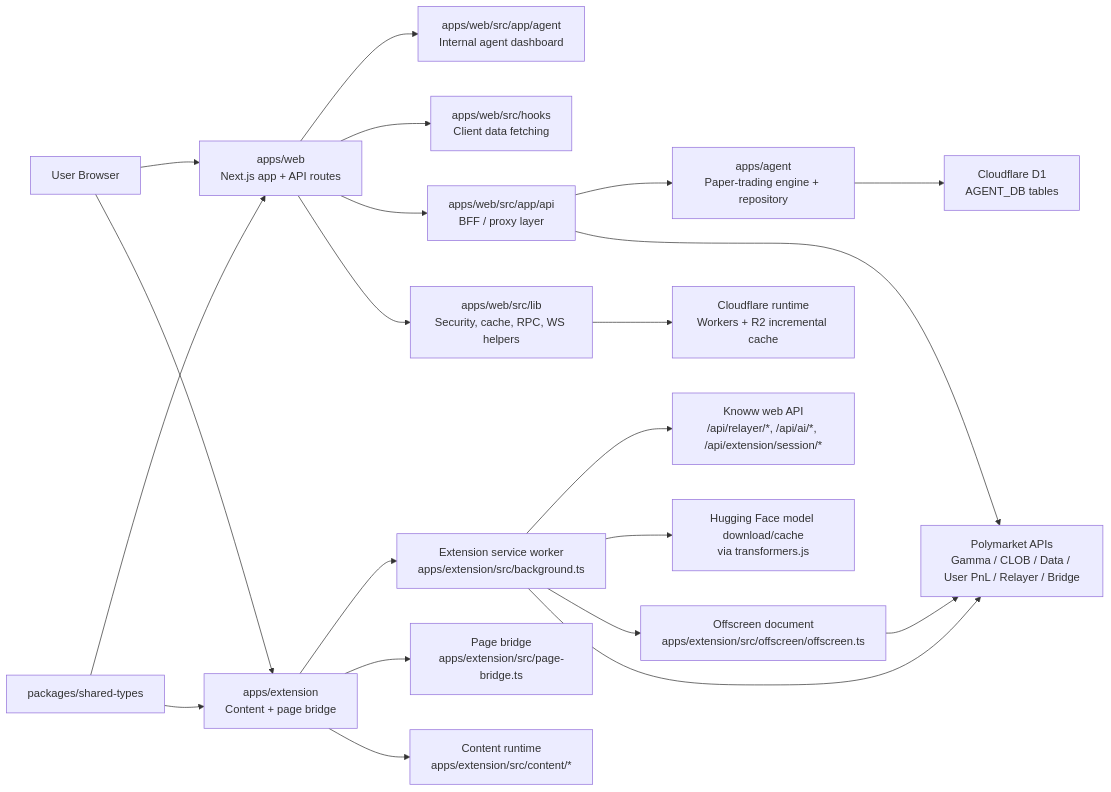
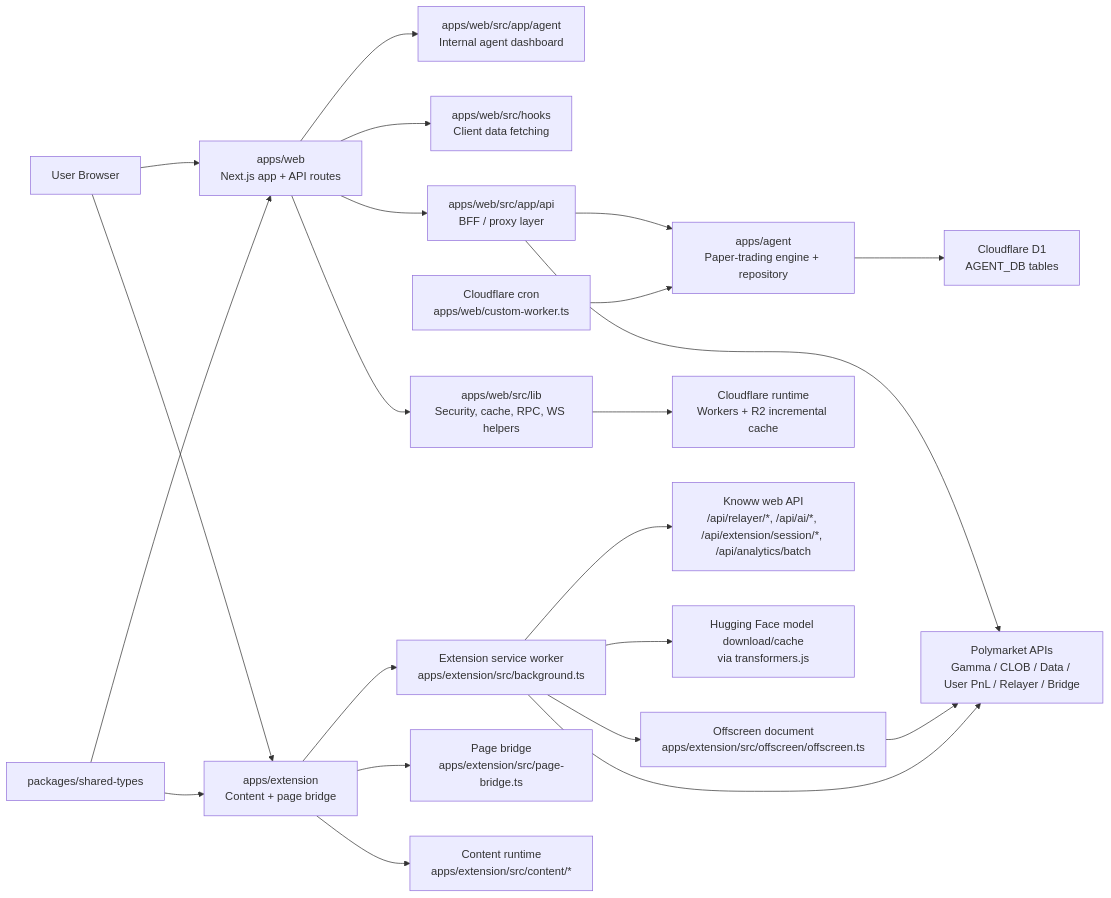
The first of 4 diagrams in docs/ARCHITECTURE.md (metatxn/Polycaster), drawn with Mermaid before and after one commit. The commit also changed other lines of this file and 11 other files, not shown here.

````diff
--- a/docs/ARCHITECTURE.md
+++ b/docs/ARCHITECTURE.md
@@ -44,27 +48,28 @@
 ```mermaid
 flowchart LR
     U["User Browser"] --> W["apps/web\nNext.js app + API routes"]
     U --> E["apps/extension\nContent + page bridge"]
     W --> G["apps/web/src/app/agent\nInternal agent dashboard"]
 
     W --> H["apps/web/src/hooks\nClient data fetching"]
     W --> A["apps/web/src/app/api\nBFF / proxy layer"]
     W --> L["apps/web/src/lib\nSecurity, cache, RPC, WS helpers"]
     A --> AG["apps/agent\nPaper-trading engine + repository"]
+    C["Cloudflare cron\napps/web/custom-worker.ts"] --> AG
 
     E --> BG["Extension service worker\napps/extension/src/background.ts"]
     E --> PB["Page bridge\napps/extension/src/page-bridge.ts"]
     BG --> OF["Offscreen document\napps/extension/src/offscreen/offscreen.ts"]
     E --> EC["Content runtime\napps/extension/src/content/*"]
 
     A --> P["Polymarket APIs\nGamma / CLOB / Data / User PnL / Relayer / Bridge"]
     L --> CF["Cloudflare runtime\nWorkers + R2 incremental cache"]
     OF --> P
-    BG --> K["Knoww web API\n/api/relayer/*, /api/ai/*, /api/extension/session/*"]
+    BG --> K["Knoww web API\n/api/relayer/*, /api/ai/*, /api/extension/session/*, /api/analytics/batch"]
     BG --> P
     BG --> HF["Hugging Face model download/cache\nvia transformers.js"]
 
     S["packages/shared-types"] --> W
     S --> E
     AG --> D1["Cloudflare D1\nAGENT_DB tables"]
 ```
````
